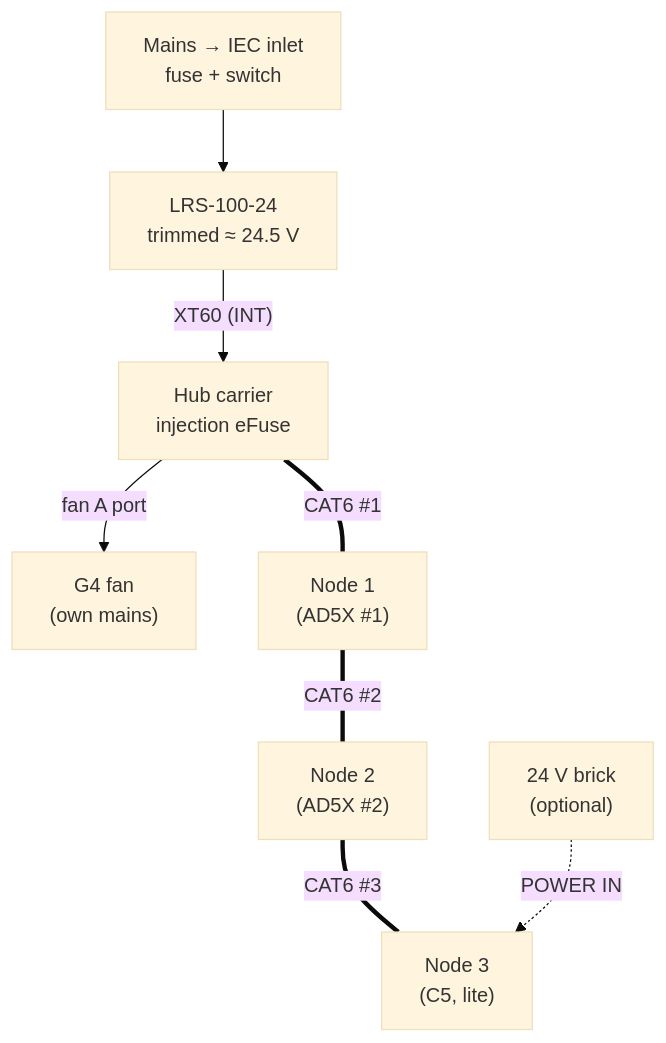
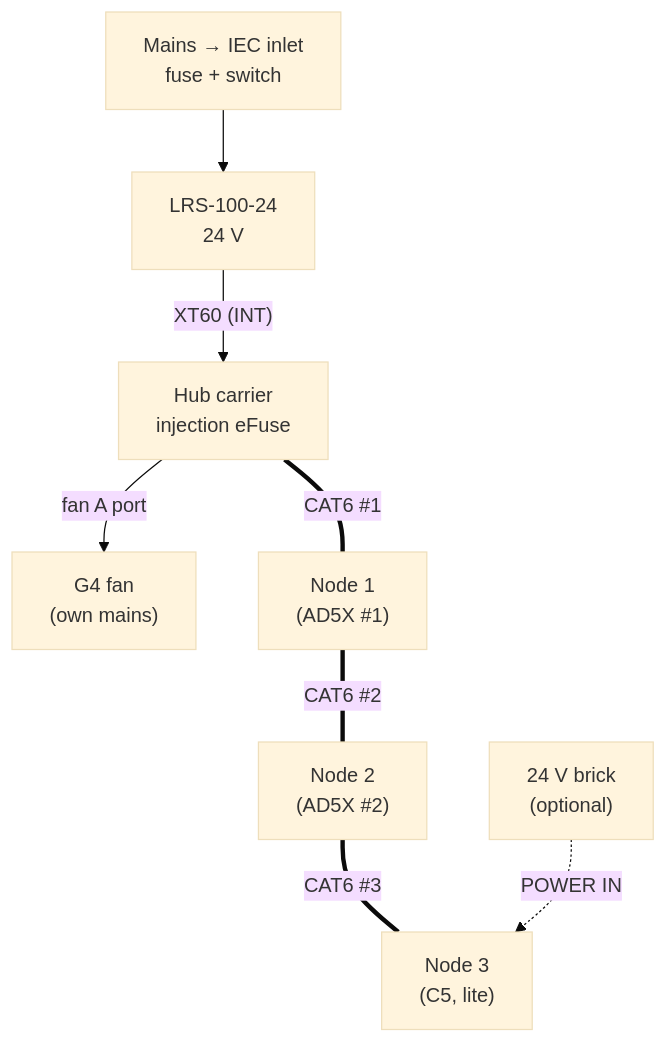
The first of 3 diagrams in docs/04_wiring_and_pinouts.md (BashfulBits/3dp-fleet-exhaust), drawn with Mermaid (base theme) before and after one commit. The commit also changed other lines of this file and 4 other files, not shown here.

````diff
--- a/docs/04_wiring_and_pinouts.md
+++ b/docs/04_wiring_and_pinouts.md
@@ -9,10 +9,10 @@
 ```mermaid
 flowchart TB
-  IEC["Mains → IEC inlet<br>fuse + switch"] --> PSU["LRS-100-24<br>trimmed ≈ 24.5 V"]
+  IEC["Mains → IEC inlet<br>fuse + switch"] --> PSU["LRS-100-24<br>24 V"]
   PSU -->|"XT60 (INT)"| HC["Hub carrier<br>injection eFuse"]
   HC -->|"fan A port"| FAN["G4 fan<br>(own mains)"]
   HC ===|"CAT6 #1"| N1["Node 1<br>(AD5X #1)"]
   N1 ===|"CAT6 #2"| N2["Node 2<br>(AD5X #2)"]
   N2 ===|"CAT6 #3"| N3["Node 3<br>(C5, lite)"]
   BR["24 V brick<br>(optional)"] -.->|"POWER IN"| N3
 ```
````
